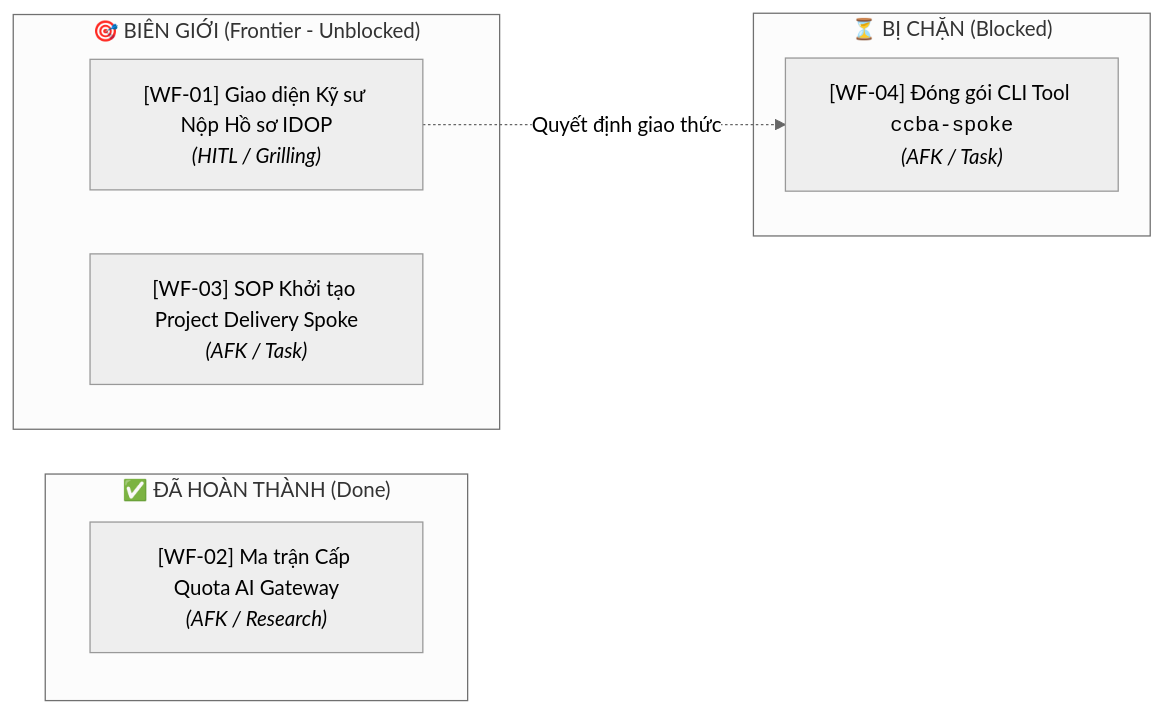
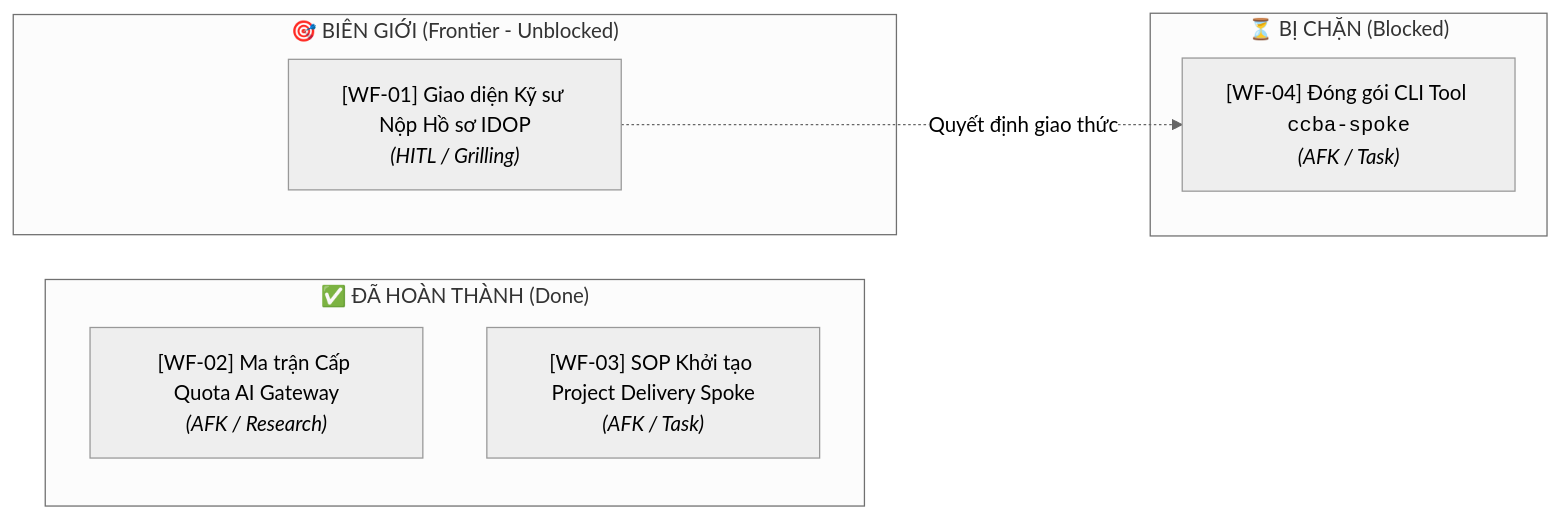
One commit to vvChu/ccba-agent-platform changed the second of 2 diagrams in .md/wayfinder/idop_spoke_ecosystem_map.md. Above: the diagram before and after it, drawn with Mermaid (neutral theme). The commit also changed other lines of this file and 4 other files, not shown here.

Commit message:
feat(spoke): complete Ticket WF-03 with SOP, template, and tests for project delivery spokes

````diff
--- a/.md/wayfinder/idop_spoke_ecosystem_map.md
+++ b/.md/wayfinder/idop_spoke_ecosystem_map.md
@@ -98,17 +101,17 @@
 ```mermaid
 graph LR
     subgraph Done ["✅ ĐÃ HOÀN THÀNH (Done)"]
         T02["[WF-02] Ma trận Cấp Quota AI Gateway<br/><i>(AFK / Research)</i>"]
+        T03["[WF-03] SOP Khởi tạo Project Delivery Spoke<br/><i>(AFK / Task)</i>"]
     end
 
     subgraph Frontier ["🎯 BIÊN GIỚI (Frontier - Unblocked)"]
         T01["[WF-01] Giao diện Kỹ sư Nộp Hồ sơ IDOP<br/><i>(HITL / Grilling)</i>"]
-        T03["[WF-03] SOP Khởi tạo Project Delivery Spoke<br/><i>(AFK / Task)</i>"]
     end
     
     subgraph Blocked ["⏳ BỊ CHẶN (Blocked)"]
         T04["[WF-04] Đóng gói CLI Tool <code>ccba-spoke</code><br/><i>(AFK / Task)</i>"]
     end
 
     T01 -.->|"Quyết định giao thức"| T04
 ```
````
